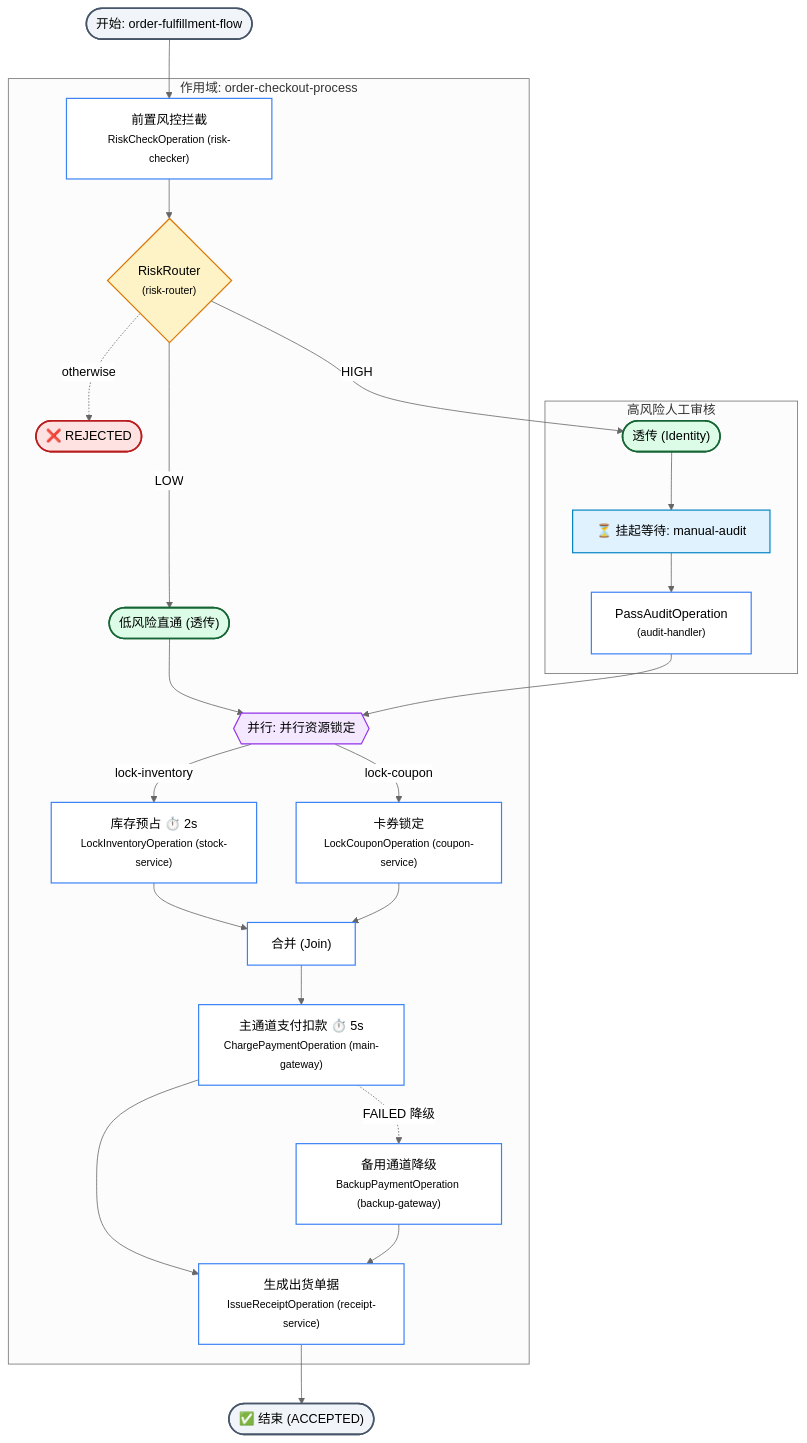
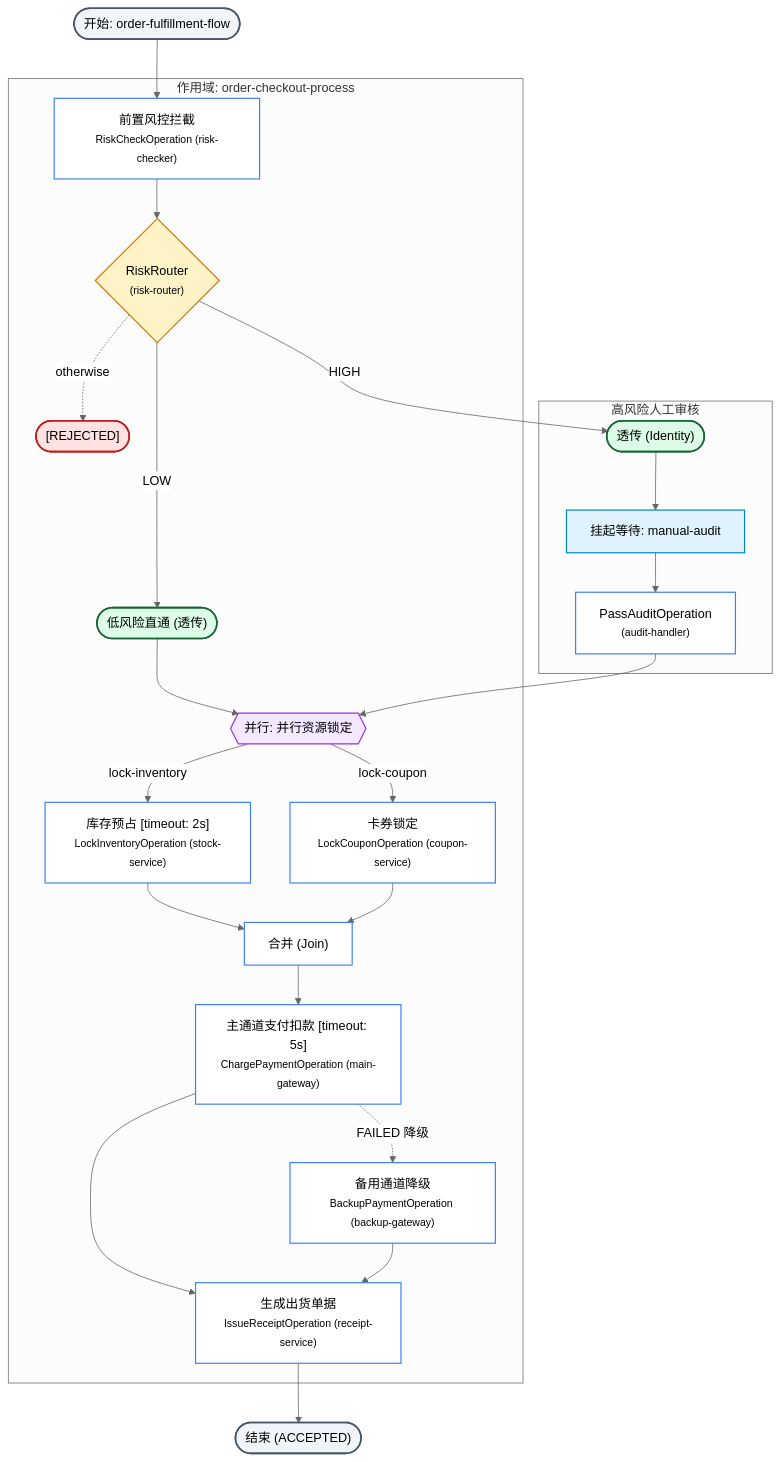
One commit to team4u/team4u-framework changed the second of 2 diagrams in docs/flow/flow-graph.md. Above: the diagram before and after it, drawn with Mermaid (neutral theme). The commit also changed other lines of this file and 2 other files, not shown here.

Commit message:
style(flow-graph): adopt pure-text minimalist style for Mermaid renderer and documentation

````diff
--- a/docs/flow/flow-graph.md
+++ b/docs/flow/flow-graph.md
@@ -161,75 +161,75 @@
 ```mermaid
 flowchart TD
     flow_start(["开始: order-fulfillment-flow"])
     n1["前置风控拦截<br/><small>RiskCheckOperation (risk-checker)</small>"]
     n2(["低风险直通 (透传)"])
     n3(["透传 (Identity)"])
-    n4["⏳ 挂起等待: manual-audit"]
+    n4["挂起等待: manual-audit"]
     n5["PassAuditOperation<br/><small>(audit-handler)</small>"]
-    n7(["❌ REJECTED"])
+    n7(["[REJECTED]"])
     n8{"RiskRouter<br/><small>(risk-router)</small>"}
-    n9["库存预占 ⏱️ 2s<br/><small>LockInventoryOperation (stock-service)</small>"]
+    n9["库存预占 [timeout: 2s]<br/><small>LockInventoryOperation (stock-service)</small>"]
     n10["卡券锁定<br/><small>LockCouponOperation (coupon-service)</small>"]
     n11{{"并行: 并行资源锁定"}}
     n12["合并 (Join)"]
-    n13["主通道支付扣款 ⏱️ 5s<br/><small>ChargePaymentOperation (main-gateway)</small>"]
+    n13["主通道支付扣款 [timeout: 5s]<br/><small>ChargePaymentOperation (main-gateway)</small>"]
     n14["备用通道降级<br/><small>BackupPaymentOperation (backup-gateway)</small>"]
     n15["生成出货单据<br/><small>IssueReceiptOperation (receipt-service)</small>"]
-    flow_end(["✅ 结束 (ACCEPTED)"])
+    flow_end(["结束 (ACCEPTED)"])
 
     subgraph sg_n6 ["高风险人工审核"]
         n3
         n4
         n5
     end
     subgraph sg_n16 ["作用域: order-checkout-process"]
         n1
         n8
         n2
         n3
         n4
         n5
         n7
         n11
         n9
         n10
         n12
         n13
         n14
         n15
     end
 
     n3 --> n4
     n4 --> n5
     n8 -->|LOW| n2
     n8 -->|HIGH| n3
     n8 -.->|otherwise| n7
     n11 -->|lock-inventory| n9
     n11 -->|lock-coupon| n10
     n9 --> n12
     n10 --> n12
     n13 -.->|FAILED 降级| n14
     n1 --> n8
     n2 --> n11
     n5 --> n11
     n12 --> n13
     n13 --> n15
     n14 --> n15
     flow_start --> n1
     n15 --> flow_end
 
     classDef startEnd fill:#f1f5f9,stroke:#475569,stroke-width:2px;
     classDef actionNode fill:#ffffff,stroke:#3b82f6,stroke-width:1.5px;
     classDef routeNode fill:#fef3c7,stroke:#d97706,stroke-width:1.5px;
     classDef parallelNode fill:#f3e8ff,stroke:#9333ea,stroke-width:1.5px;
     classDef awaitNode fill:#e0f2fe,stroke:#0284c7,stroke-width:1.5px;
     classDef successNode fill:#dcfce7,stroke:#166534,stroke-width:2px;
     classDef dangerNode fill:#fee2e2,stroke:#b91c1c,stroke-width:2px;
     class flow_start,flow_end startEnd;
     class n1,n5,n9,n10,n12,n13,n14,n15 actionNode;
     class n8 routeNode;
     class n11 parallelNode;
     class n4 awaitNode;
     class n2,n3 successNode;
     class n7 dangerNode;
 ```
````
